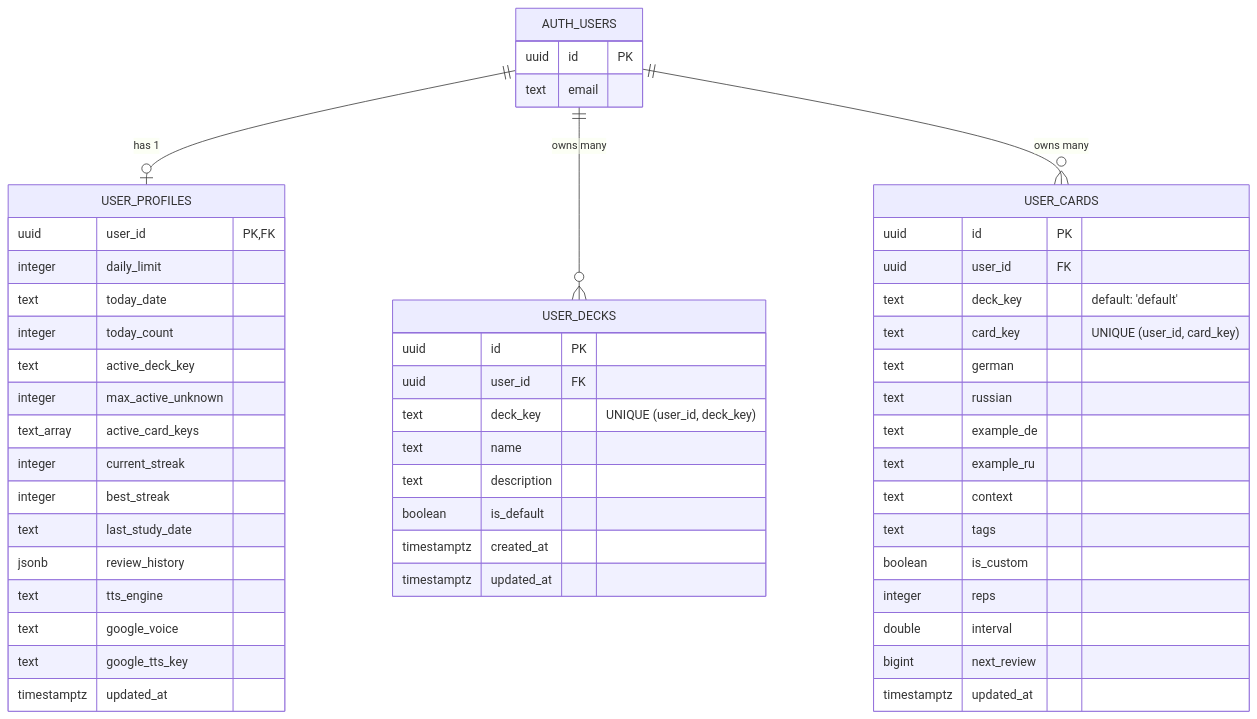
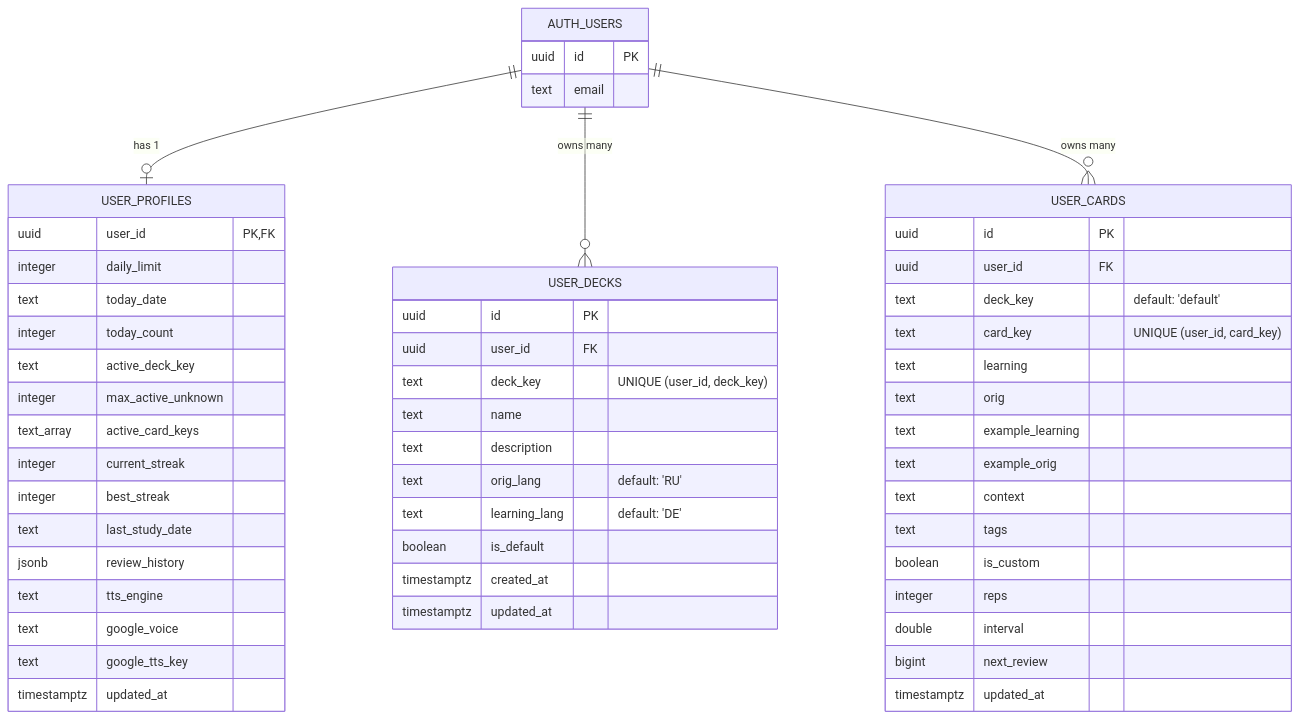
The second of 5 diagrams in ARCHITECTURE.md (an2ancan/anki), drawn with Mermaid before and after one commit. The commit also changed other lines of this file and 22 other files, not shown here.

````diff
--- a/ARCHITECTURE.md
+++ b/ARCHITECTURE.md
@@ -121,58 +125,60 @@
 ```mermaid
 erDiagram
   AUTH_USERS ||--o| USER_PROFILES : "has 1"
   AUTH_USERS ||--o{ USER_DECKS : "owns many"
   AUTH_USERS ||--o{ USER_CARDS : "owns many"
 
   AUTH_USERS {
     uuid id PK
     text email
   }
 
   USER_PROFILES {
     uuid user_id PK,FK
     integer daily_limit
     text today_date
     integer today_count
     text active_deck_key
     integer max_active_unknown
     text_array active_card_keys
     integer current_streak
     integer best_streak
     text last_study_date
     jsonb review_history
     text tts_engine
     text google_voice
     text google_tts_key
     timestamptz updated_at
   }
 
   USER_DECKS {
     uuid id PK
     uuid user_id FK
     text deck_key "UNIQUE (user_id, deck_key)"
     text name
     text description
+    text orig_lang "default: 'RU'"
+    text learning_lang "default: 'DE'"
     boolean is_default
     timestamptz created_at
     timestamptz updated_at
   }
 
   USER_CARDS {
     uuid id PK
     uuid user_id FK
     text deck_key "default: 'default'"
     text card_key "UNIQUE (user_id, card_key)"
-    text german
-    text russian
-    text example_de
-    text example_ru
+    text learning
+    text orig
+    text example_learning
+    text example_orig
     text context
     text tags
     boolean is_custom
     integer reps
     double interval
     bigint next_review
     timestamptz updated_at
   }
 ```
````
